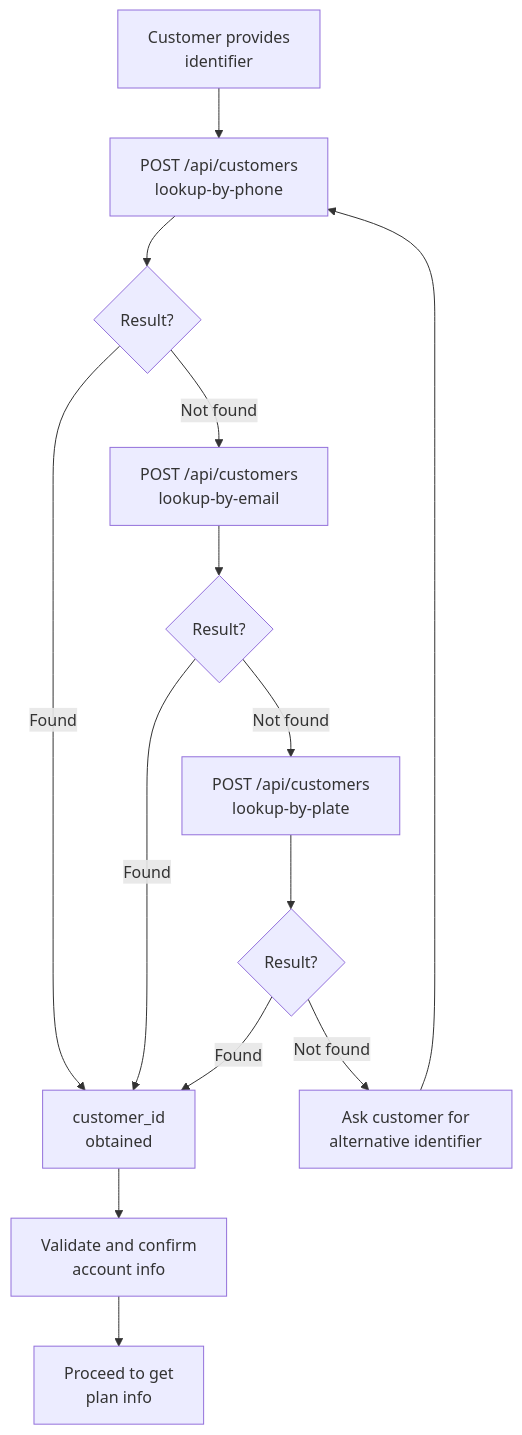
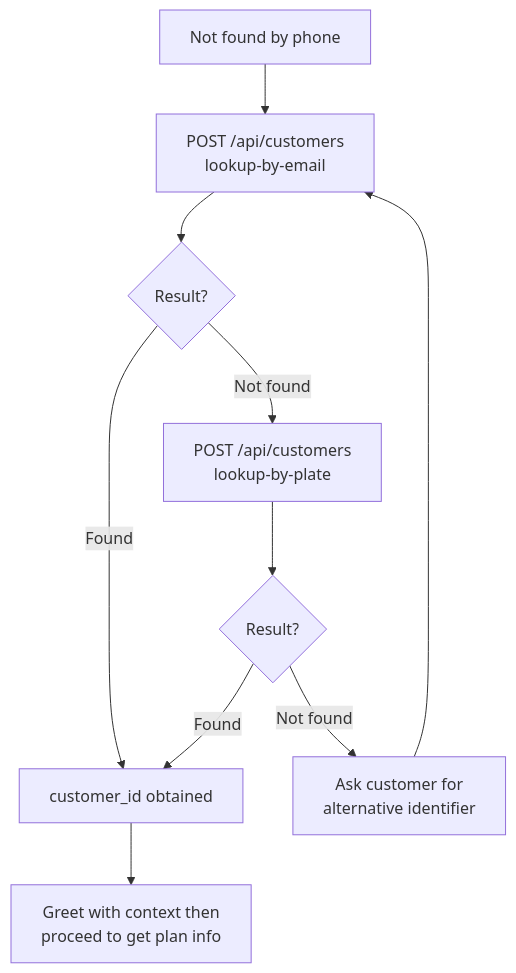
The fourth of 13 diagrams in Jax-Kar-Wash-API-Integration–Discussion-Document.md (HelloWash/Public), drawn with Mermaid before and after one commit. The commit also changed other lines of this file, not shown here.

````diff
--- a/Jax-Kar-Wash-API-Integration–Discussion-Document.md
+++ b/Jax-Kar-Wash-API-Integration–Discussion-Document.md
@@ -109,16 +150,12 @@
 ```mermaid
 flowchart TD
-    Start["Customer provides<br/>identifier"] --> TryPhone["POST /api/customers<br/>lookup-by-phone"]
-    TryPhone --> Result1{Result?}
-    Result1 -->|Found| Success["customer_id<br/>obtained"]
-    Result1 -->|Not found| TryEmail["POST /api/customers<br/>lookup-by-email"]
+    NotFound["Not found by phone"] --> TryEmail["POST /api/customers<br/>lookup-by-email"]
     TryEmail --> Result2{Result?}
-    Result2 -->|Found| Success
+    Result2 -->|Found| Success["customer_id obtained"]
     Result2 -->|Not found| TryPlate["POST /api/customers<br/>lookup-by-plate"]
     TryPlate --> Result3{Result?}
     Result3 -->|Found| Success
     Result3 -->|Not found| AskAlt["Ask customer for<br/>alternative identifier"]
-    AskAlt --> TryPhone
-    Success --> Validate["Validate and confirm<br/>account info"]
-    Validate --> Next["Proceed to get<br/>plan info"]
+    AskAlt --> TryEmail
+    Success --> GreetThenPlan["Greet with context then<br/>proceed to get plan info"]
 ```
````
